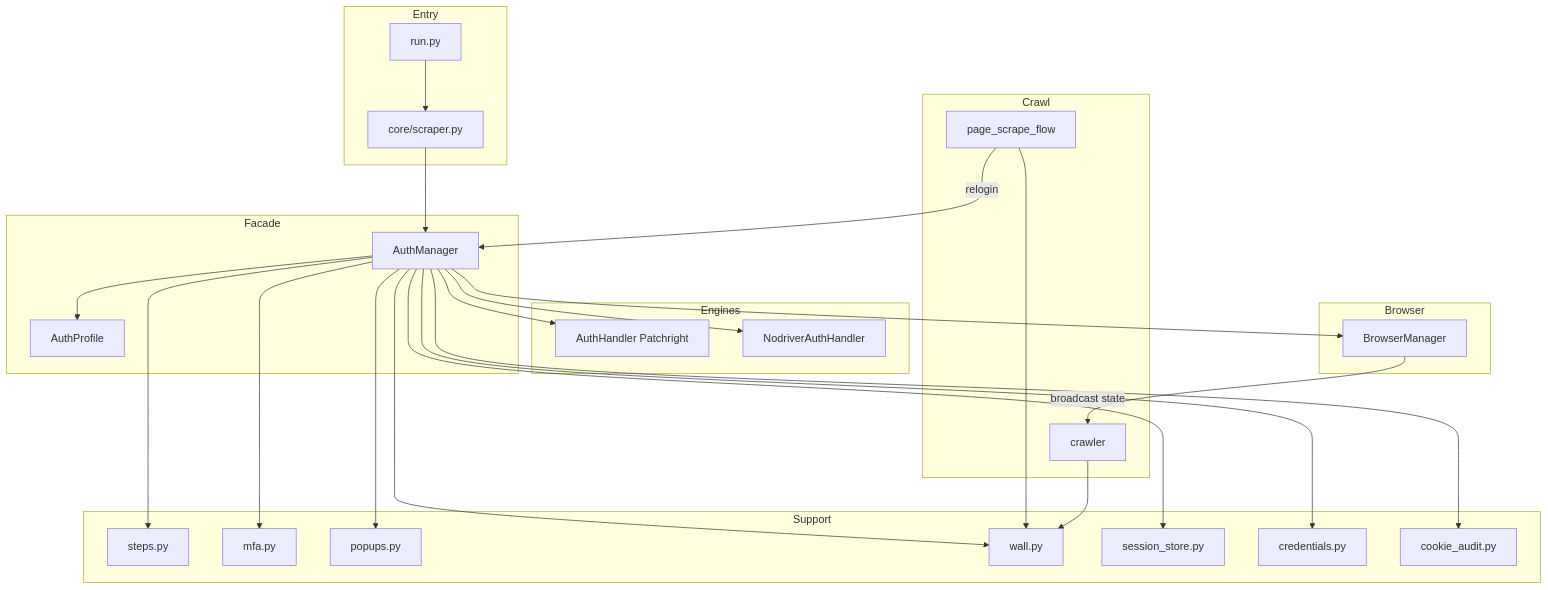
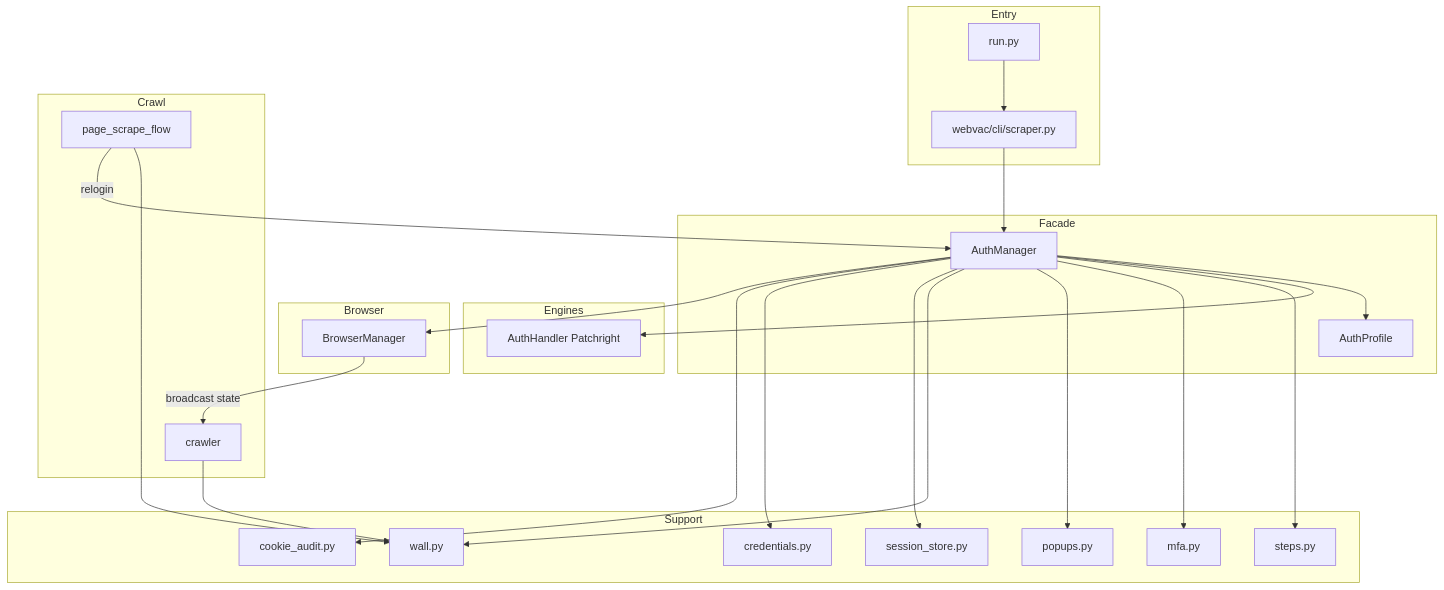
One commit to Shellghostt/WebVac changed the first of 5 diagrams in docs/architecture/AUTH.md. Above: the diagram before and after it, drawn with Mermaid. The commit also changed other lines of this file and 203 other files, not shown here.

First line of the commit message:
Ship installable webvac package, Patchright-only auth, and CMP consent.

````diff
--- a/docs/architecture/AUTH.md
+++ b/docs/architecture/AUTH.md
@@ -19,54 +18,52 @@
 ```mermaid
 flowchart TB
   subgraph entry [Entry]
-    Scraper[core/scraper.py]
+    Scraper[webvac/cli/scraper.py]
     RunPy[run.py]
   end
 
   subgraph facade [Facade]
     Mgr[AuthManager]
     Profile[AuthProfile]
   end
 
   subgraph engines [Engines]
     PR[AuthHandler Patchright]
-    ND[NodriverAuthHandler]
   end
 
   subgraph support [Support]
     Steps[steps.py]
     MFA[mfa.py]
     Pop[popups.py]
     Wall[wall.py]
     Sess[session_store.py]
     Creds[credentials.py]
     Audit[cookie_audit.py]
   end
 
   subgraph browser [Browser]
     BM[BrowserManager]
   end
 
   subgraph crawl [Crawl]
     Flow[page_scrape_flow]
     Crawler[crawler]
   end
 
   RunPy --> Scraper
   Scraper --> Mgr
   Mgr --> Profile
   Mgr --> PR
-  Mgr --> ND
   Mgr --> Steps
   Mgr --> MFA
   Mgr --> Pop
   Mgr --> Wall
   Mgr --> Sess
   Mgr --> Creds
   Mgr --> Audit
   Mgr --> BM
   Flow --> Wall
   Flow -->|relogin| Mgr
   Crawler --> Wall
   BM -->|broadcast state| Crawler
 ```
````
